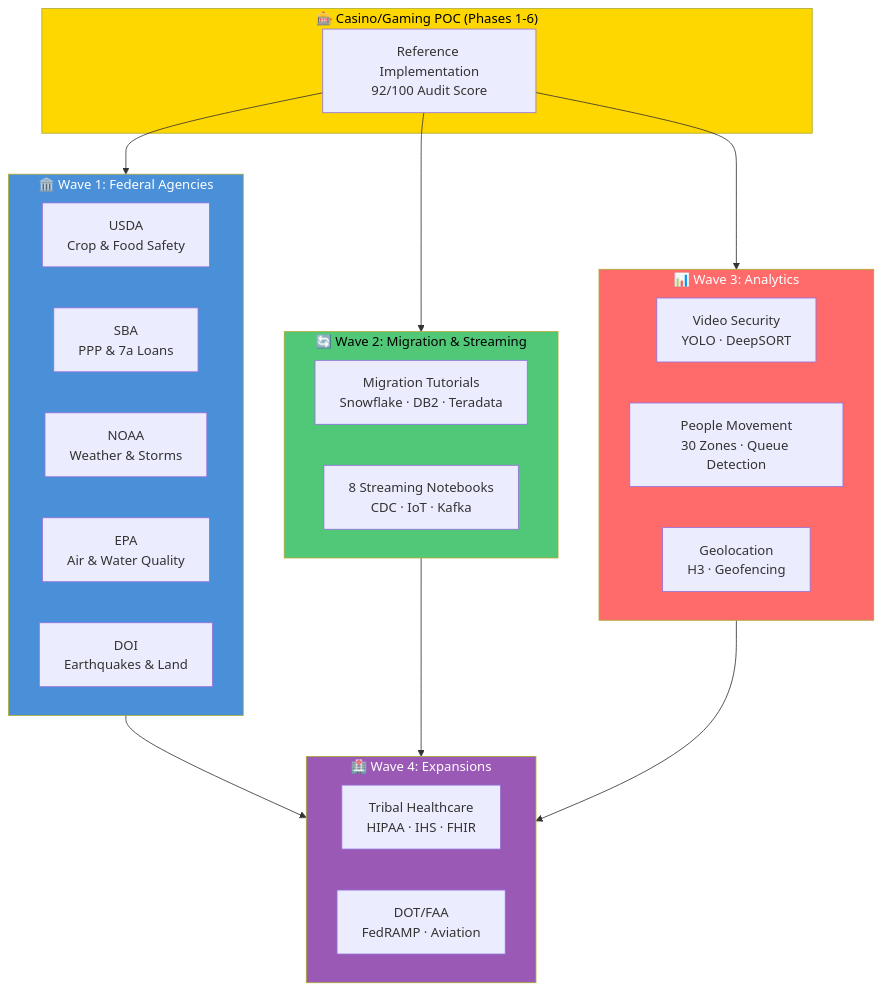
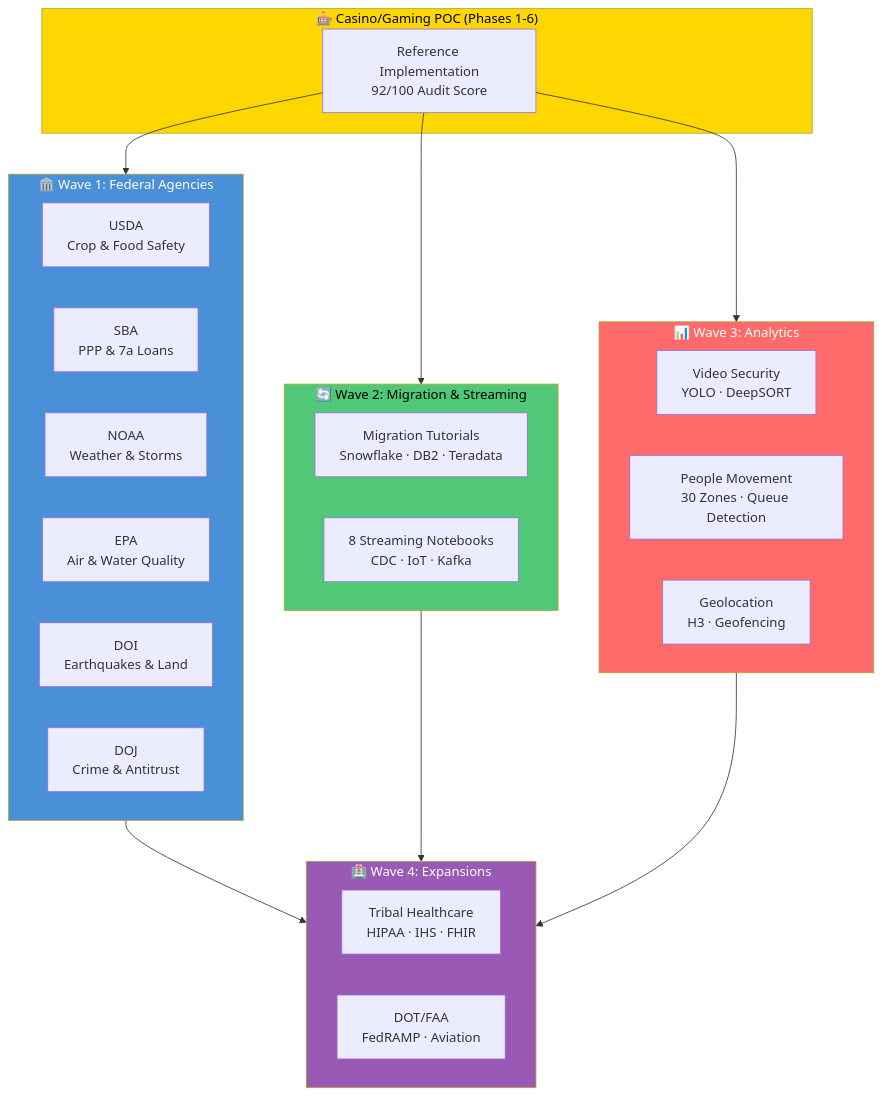
Before and after one commit to fgarofalo56/Supercharge_Microsoft_Fabric: the second of 3 diagrams in README.md, drawn with Mermaid. The commit also changed other lines of this file and 23 other files, not shown here.

````diff
--- a/README.md
+++ b/README.md
@@ -437,43 +437,44 @@
 ```mermaid
 flowchart TD
     subgraph Core["🎰 Casino/Gaming POC (Phases 1-6)"]
         C[Reference Implementation<br/>92/100 Audit Score]
     end
 
     subgraph W1["🏛️ Wave 1: Federal Agencies"]
         USDA[USDA<br/>Crop & Food Safety]
         SBA[SBA<br/>PPP & 7a Loans]
         NOAA[NOAA<br/>Weather & Storms]
         EPA[EPA<br/>Air & Water Quality]
         DOI[DOI<br/>Earthquakes & Land]
+        DOJ[DOJ<br/>Crime & Antitrust]
     end
 
     subgraph W2["🔄 Wave 2: Migration & Streaming"]
         MIG[Migration Tutorials<br/>Snowflake · DB2 · Teradata]
         STR[8 Streaming Notebooks<br/>CDC · IoT · Kafka]
     end
 
     subgraph W3["📊 Wave 3: Analytics"]
         VID[Video Security<br/>YOLO · DeepSORT]
         MOV[People Movement<br/>30 Zones · Queue Detection]
         GEO[Geolocation<br/>H3 · Geofencing]
     end
 
     subgraph W4["🏥 Wave 4: Expansions"]
         TH[Tribal Healthcare<br/>HIPAA · IHS · FHIR]
         DOT[DOT/FAA<br/>FedRAMP · Aviation]
     end
 
     C --> W1
     C --> W2
     C --> W3
     W1 --> W4
     W2 --> W4
     W3 --> W4
 
     style Core fill:#ffd700,color:#000
     style W1 fill:#4a90d9,color:#fff
     style W2 fill:#50c878,color:#000
     style W3 fill:#ff6b6b,color:#fff
     style W4 fill:#9b59b6,color:#fff
 ```
````
